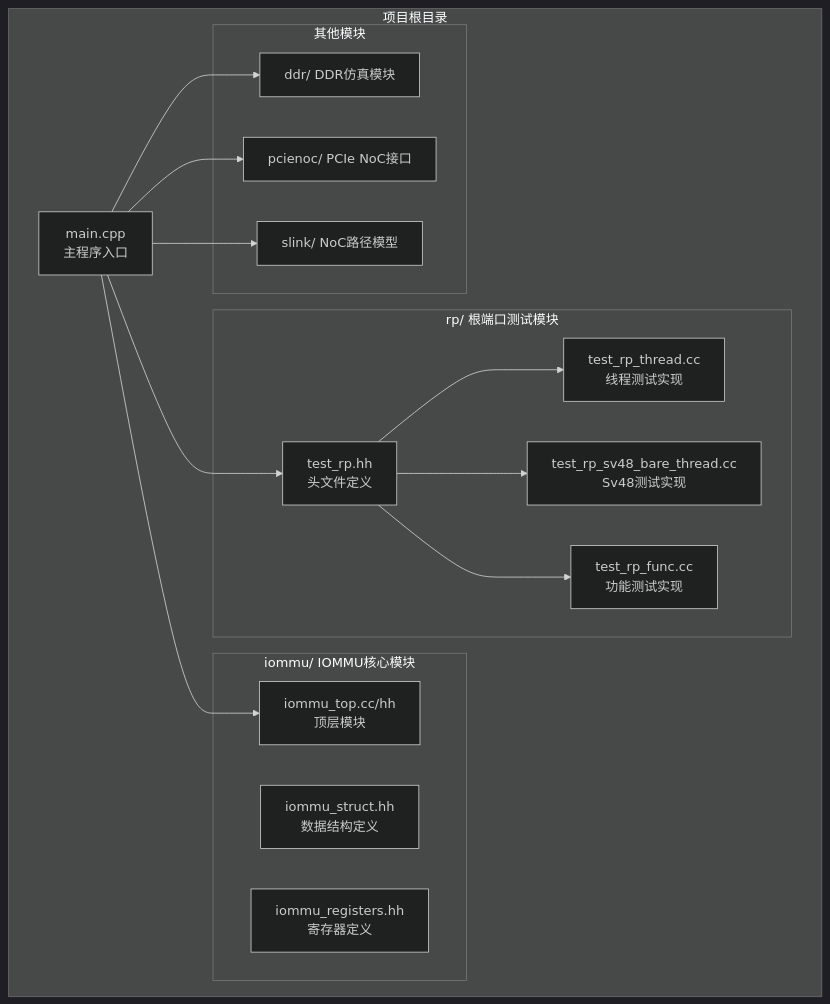
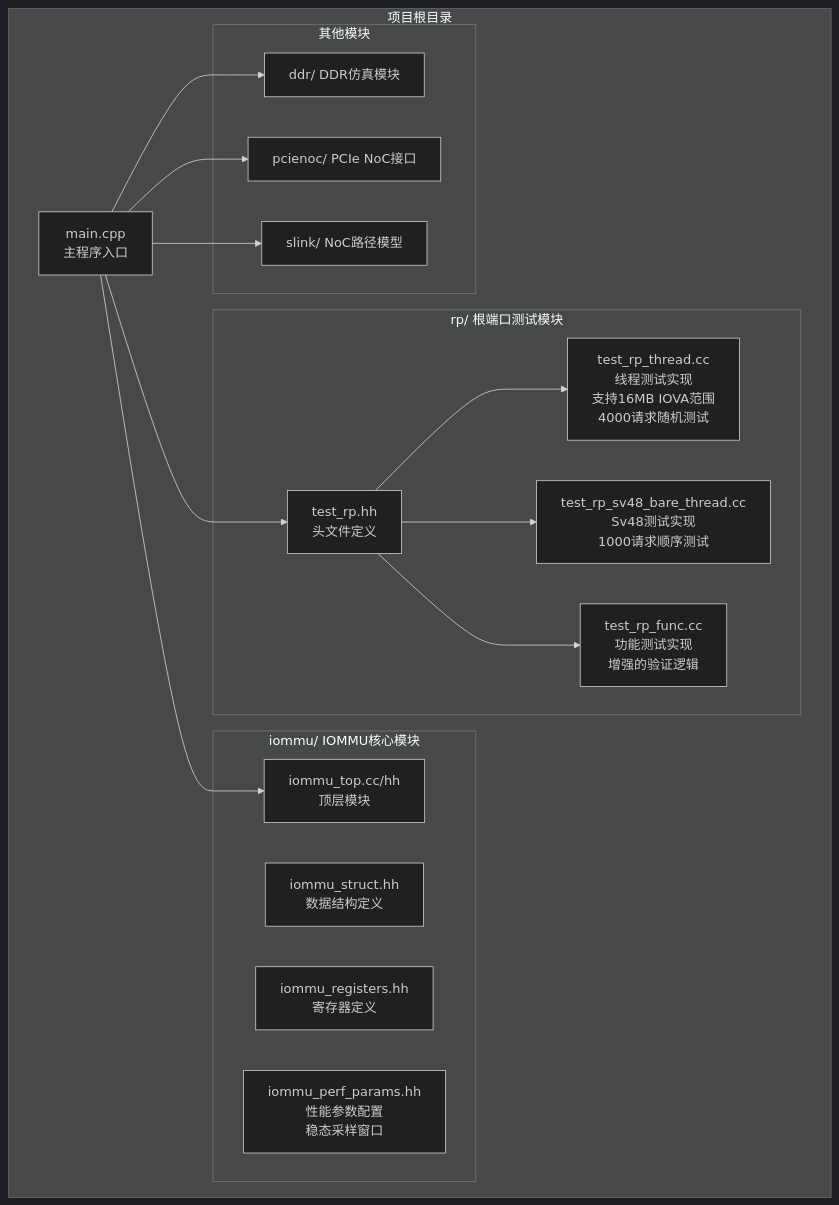
The first of 11 diagrams in .qoder/repowiki/zh/content/测试框架/Root Port测试模块.md (jiangjiang1122/iommu_model_20260401_v1), drawn with Mermaid (dark theme) before and after one commit. The commit also changed other lines of this file and 6 other files, not shown here.

````diff
--- a/.qoder/repowiki/zh/content/测试框架/Root Port测试模块.md
+++ b/.qoder/repowiki/zh/content/测试框架/Root Port测试模块.md
@@ -39,30 +49,31 @@
 ```mermaid
 graph TB
 subgraph "项目根目录"
 A[main.cpp<br/>主程序入口]
 subgraph "rp/ 根端口测试模块"
 B[test_rp.hh<br/>头文件定义]
-C[test_rp_thread.cc<br/>线程测试实现]
-D[test_rp_sv48_bare_thread.cc<br/>Sv48测试实现]
-E[test_rp_func.cc<br/>功能测试实现]
+C[test_rp_thread.cc<br/>线程测试实现<br/>支持16MB IOVA范围<br/>4000请求随机测试]
+D[test_rp_sv48_bare_thread.cc<br/>Sv48测试实现<br/>1000请求顺序测试]
+E[test_rp_func.cc<br/>功能测试实现<br/>增强的验证逻辑]
 end
 subgraph "iommu/ IOMMU核心模块"
 F[iommu_top.cc/hh<br/>顶层模块]
 G[iommu_struct.hh<br/>数据结构定义]
 H[iommu_registers.hh<br/>寄存器定义]
+I[iommu_perf_params.hh<br/>性能参数配置<br/>稳态采样窗口]
 end
 subgraph "其他模块"
-I[ddr/ DDR仿真模块]
-J[pcienoc/ PCIe NoC接口]
-K[slink/ NoC路径模型]
+J[ddr/ DDR仿真模块]
+K[pcienoc/ PCIe NoC接口]
+L[slink/ NoC路径模型]
 end
 end
 A --> B
 A --> F
-A --> I
 A --> J
 A --> K
+A --> L
 B --> C
 B --> D
 B --> E
 ```
````
